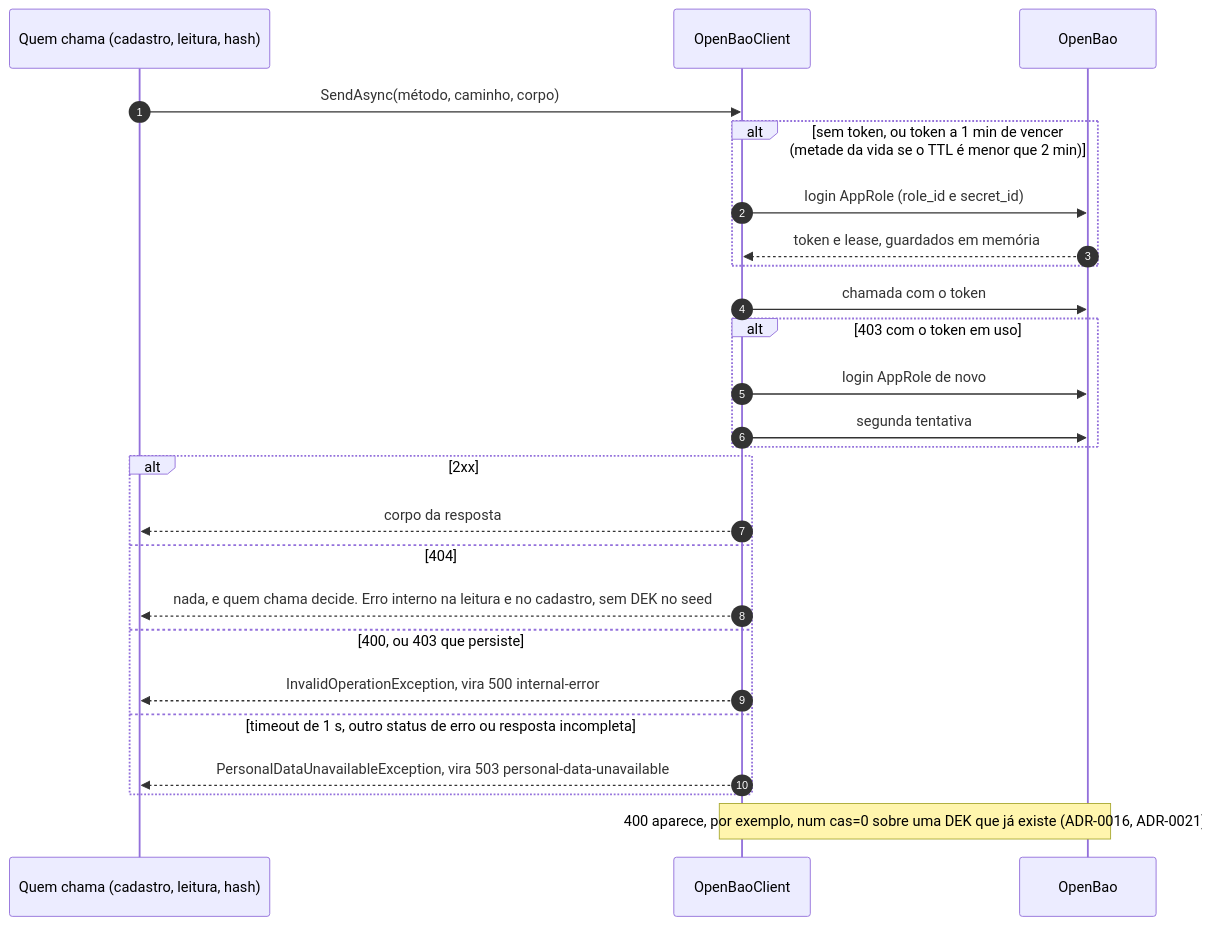
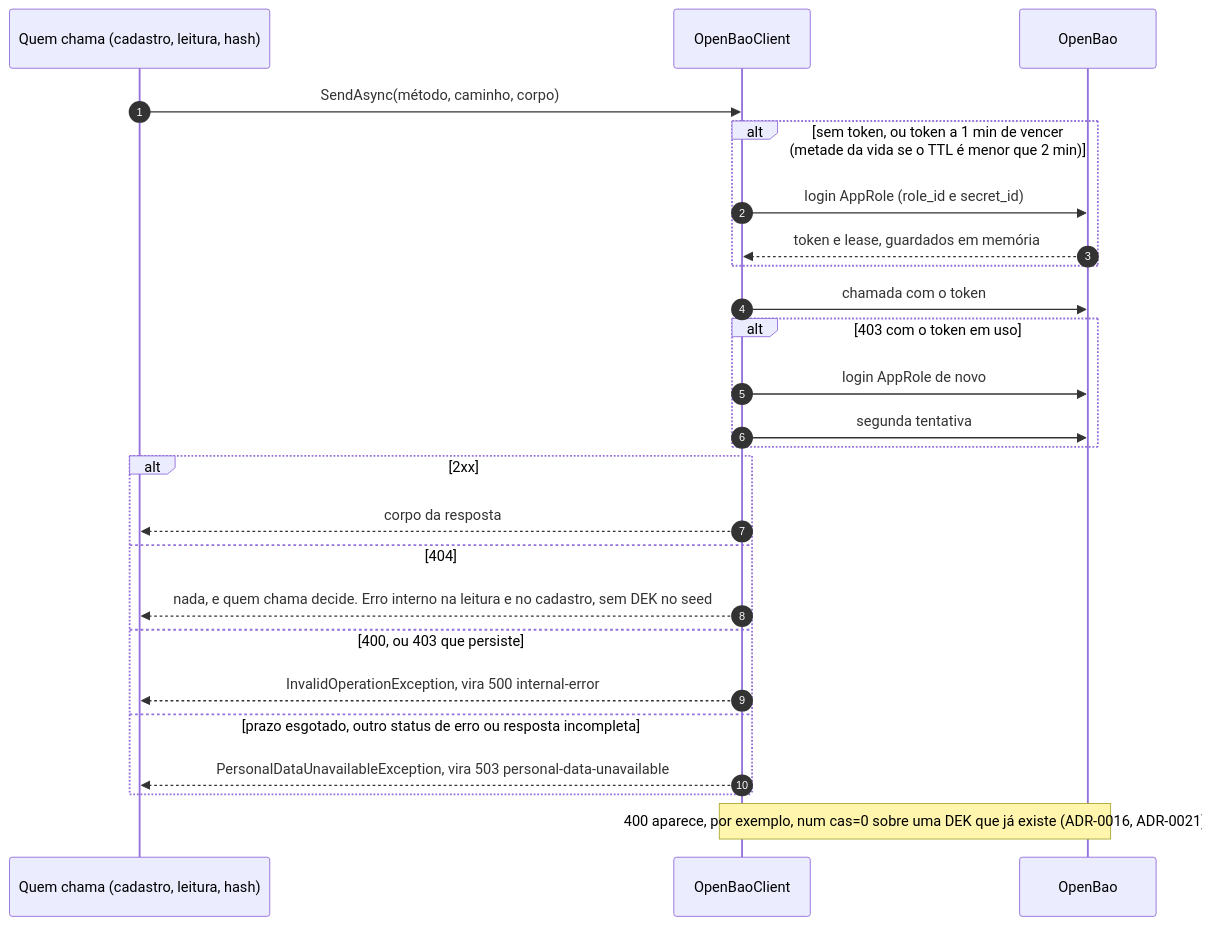
The third of 5 diagrams in docs/arquitetura/fluxos-customers.md (arthuurw/desafio-arquiteto-keyrus), drawn with Mermaid before and after one commit. The commit also changed other lines of this file and 22 other files, not shown here.

````diff
--- a/docs/arquitetura/fluxos-customers.md
+++ b/docs/arquitetura/fluxos-customers.md
@@ -165,28 +170,28 @@
 ```mermaid
 sequenceDiagram
   autonumber
   participant U as Quem chama (cadastro, leitura, hash)
   participant OB as OpenBaoClient
   participant V as OpenBao
 
   U->>OB: SendAsync(método, caminho, corpo)
   alt sem token, ou token a 1 min de vencer (metade da vida se o TTL é menor que 2 min)
     OB->>V: login AppRole (role_id e secret_id)
     V-->>OB: token e lease, guardados em memória
   end
   OB->>V: chamada com o token
   alt 403 com o token em uso
     OB->>V: login AppRole de novo
     OB->>V: segunda tentativa
   end
   alt 2xx
     OB-->>U: corpo da resposta
   else 404
     OB-->>U: nada, e quem chama decide. Erro interno na leitura e no cadastro, sem DEK no seed
   else 400, ou 403 que persiste
     OB-->>U: InvalidOperationException, vira 500 internal-error
-  else timeout de 1 s, outro status de erro ou resposta incompleta
+  else prazo esgotado, outro status de erro ou resposta incompleta
     OB-->>U: PersonalDataUnavailableException, vira 503 personal-data-unavailable
   end
   Note over OB,V: 400 aparece, por exemplo, num cas=0 sobre uma DEK que já existe (ADR-0016, ADR-0021)
 ```
````
